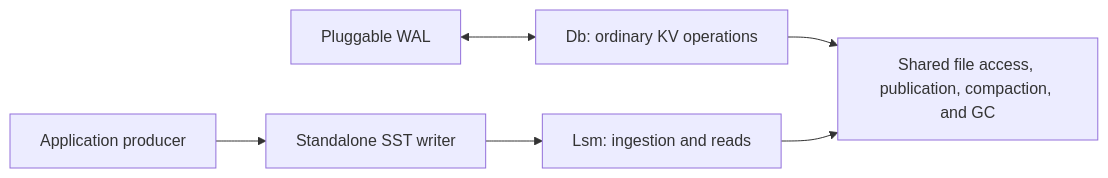
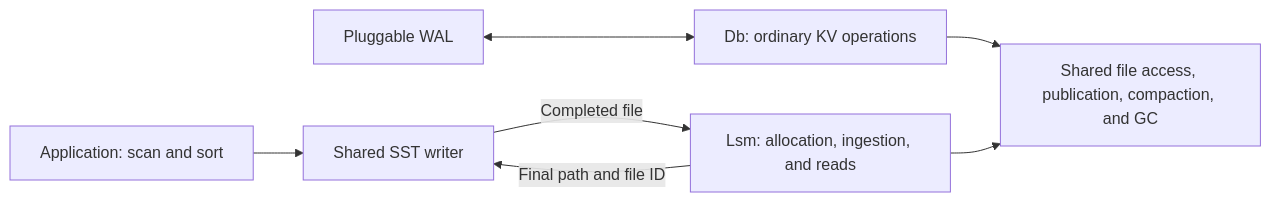
Before and after one commit to slatedb/slatedb: the diagram in rfcs/0035-sst-writer-and-ingestion.md, drawn with Mermaid. The commit also changed other lines of this file, not shown here.

Commit message:
docs: build ingested SSTs directly through Lsm

````diff
--- a/rfcs/0035-sst-writer-and-ingestion.md
+++ b/rfcs/0035-sst-writer-and-ingestion.md
@@ -89,8 +101,9 @@
 ```mermaid
 flowchart LR
     W[Pluggable WAL] <--> D[Db: ordinary KV operations]
-    P[Application producer] --> S[Standalone SST writer]
-    S --> L[Lsm: ingestion and reads]
+    P[Application: scan and sort] --> S[Shared SST writer]
+    L[Lsm: allocation, ingestion, and reads] -->|Final path and file ID| S
+    S -->|Completed file| L
     D --> M[Shared file access, publication, compaction, and GC]
     L --> M
 ```
````
